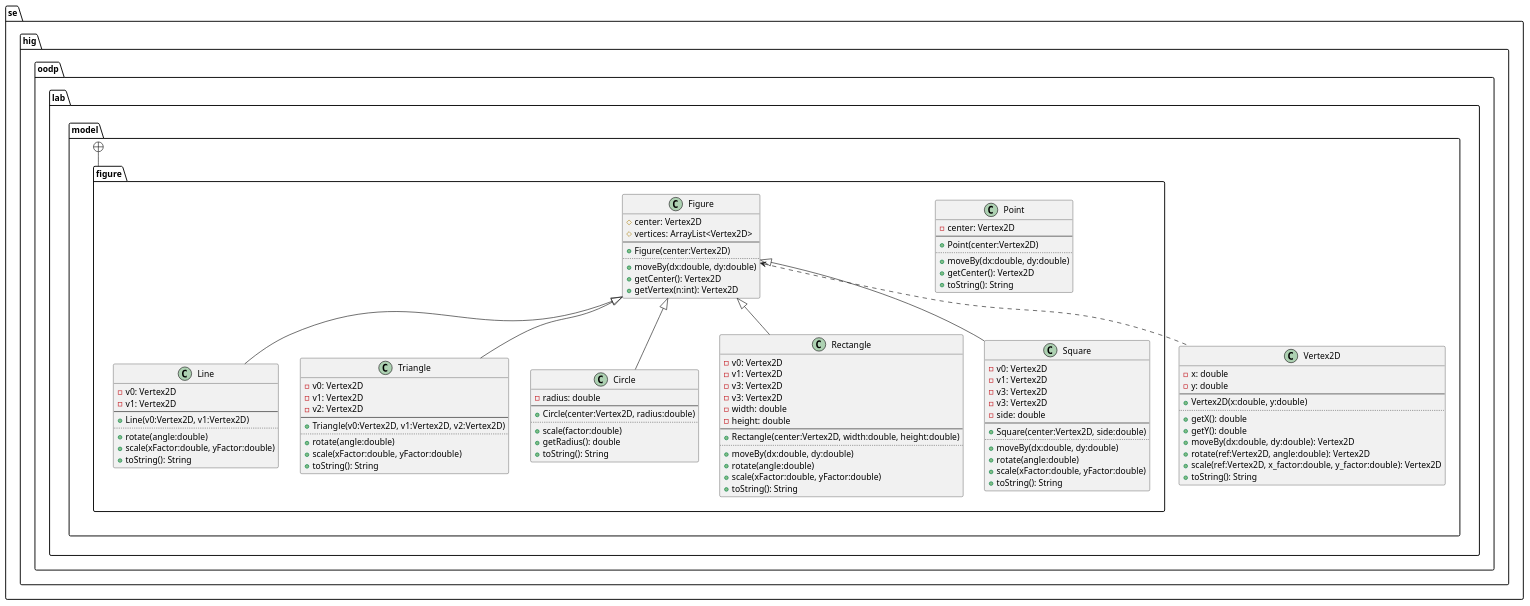
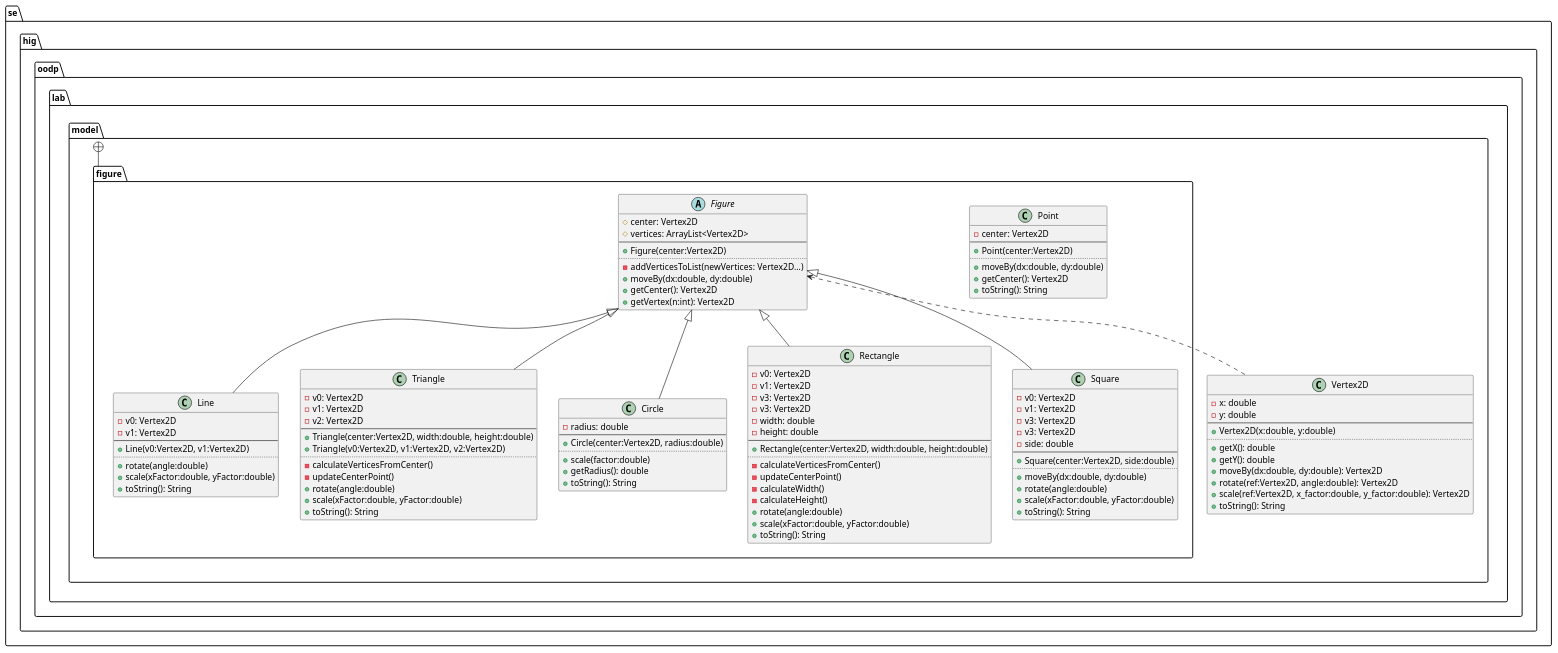
Before and after one commit to jonasjberg/DVG303_lab2: the diagram in diagram/uppgift2.puml, drawn with PlantUML. The commit also changed 5 other files, not shown here.

Commit message:
Wip integrating Figure as superclass.

```diff
--- a/diagram/uppgift2.puml
+++ b/diagram/uppgift2.puml
@@ -9,156 +9,164 @@
 @startuml
 ' ____________________________________________________________________________
 ' ____ CONFIGURATION OPTIONS __________________________________________________
 ' package graphical style
 skinparam packageStyle folder
 
 ' don't use symbols to indicate visibility
 ' skinparam classAttributeIconsize 0
 
 
 ' ____________________________________________________________________________
 ' ____ CLASS DEFINITIONS ______________________________________________________
 package se.hig.oodp.lab.model {
     class Vertex2D {
         -x: double
         -y: double
         --
         +Vertex2D(x:double, y:double)
         ..
         +getX(): double
         +getY(): double
         +moveBy(dx:double, dy:double): Vertex2D
         +rotate(ref:Vertex2D, angle:double): Vertex2D
         +scale(ref:Vertex2D, x_factor:double, y_factor:double): Vertex2D
         +toString(): String
     }
 }
 
 package se.hig.oodp.lab.model.figure {
     class Point {
         -center: Vertex2D
         --
         +Point(center:Vertex2D)
         ..
         +moveBy(dx:double, dy:double)
         +getCenter(): Vertex2D
         +toString(): String
     }
 
-    class Figure {
+    abstract class Figure {
         #center: Vertex2D
         #vertices: ArrayList<Vertex2D>
         --
         +Figure(center:Vertex2D)
         ..
+        -addVerticesToList(newVertices: Vertex2D...)
         +moveBy(dx:double, dy:double)
         +getCenter(): Vertex2D
         +getVertex(n:int): Vertex2D
     }
 
     class Line {
         -v0: Vertex2D
         -v1: Vertex2D
 '       -vertices: ArrayList<Vertex2D>
         --
         +Line(v0:Vertex2D, v1:Vertex2D)
         ..
 '       +moveBy(dx:double, dy:double)
         +rotate(angle:double)
         +scale(xFactor:double, yFactor:double)
 '       +getCenter(): Vertex2D
 '       +getVertex(n:int): Vertex2D
         +toString(): String
     }
 
     class Triangle {
         -v0: Vertex2D
         -v1: Vertex2D
         -v2: Vertex2D
 '       -vertices: ArrayList<Vertex2D>
         --
+        +Triangle(center:Vertex2D, width:double, height:double)
         +Triangle(v0:Vertex2D, v1:Vertex2D, v2:Vertex2D)
         ..
+        -calculateVerticesFromCenter()
+        -updateCenterPoint()
 '       +moveBy(dx:double, dy:double)
         +rotate(angle:double)
         +scale(xFactor:double, yFactor:double)
 '       +getCenter(): Vertex2D
 '       +getVertex(n:int): Vertex2D
         +toString(): String
     }
 
     class Circle {
         -radius: double
         --
         +Circle(center:Vertex2D, radius:double)
         ..
 '       +moveBy(dx:double, dy:double)
         +scale(factor:double)
 '       +getCenter(): Vertex2D
 '       +getVertex(n:int): Vertex2D
         +getRadius(): double
         +toString(): String
     }
 
     class Rectangle {
         -v0: Vertex2D
         -v1: Vertex2D
         -v3: Vertex2D
         -v3: Vertex2D
 '       -vertices: ArrayList<Vertex2D>
         -width: double
         -height: double
         --
         +Rectangle(center:Vertex2D, width:double, height:double)
         ..
-        +moveBy(dx:double, dy:double)
+        -calculateVerticesFromCenter()
+        -updateCenterPoint()
+        -calculateWidth()
+        -calculateHeight()
+'       +moveBy(dx:double, dy:double)
         +rotate(angle:double)
         +scale(xFactor:double, yFactor:double)
 '       +getCenter(): Vertex2D
 '       +getVertex(n:int): Vertex2D
         +toString(): String
     }
 
     class Square {
         -v0: Vertex2D
         -v1: Vertex2D
         -v3: Vertex2D
         -v3: Vertex2D
 '       -vertices: ArrayList<Vertex2D>
         -side: double
         --
         +Square(center:Vertex2D, side:double)
         ..
         +moveBy(dx:double, dy:double)
         +rotate(angle:double)
         +scale(xFactor:double, yFactor:double)
 '       +getCenter(): Vertex2D
 '       +getVertex(n:int): Vertex2D
         +toString(): String
     }
 }
 
 
 ' ____________________________________________________________________________
 ' ____ PACKAGE HIERARCHY _____________________________________________________
 se.hig.oodp.lab.model +-- se.hig.oodp.lab.model.figure
 
 
 ' ____________________________________________________________________________
 ' ____ RELATIONS BETWEEN CLASSES _____________________________________________
 ' <|--      extension
 ' *--       composition
 ' o--       aggregation
 
 ' Figure <|-- Point
 Figure <|-- Line
 Figure <|-- Triangle
 Figure <|-- Rectangle
 Figure <|-- Square
 Figure <|-- Circle
 Figure <.. Vertex2D
 
 
 
 
 @enduml
```
